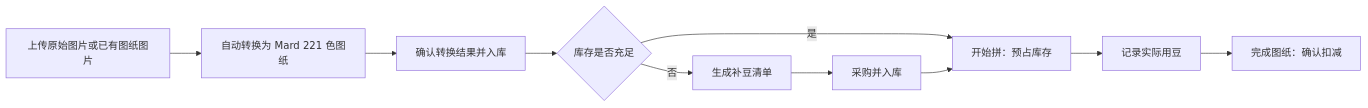
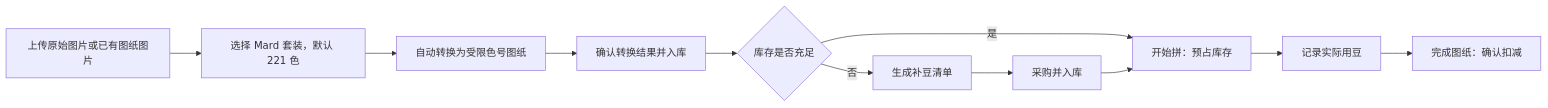
Before and after one commit to ChicKo1108/doulaozhuang: the diagram in docs/豆老庄-产品PRD.md, drawn with Mermaid. The commit also changed other lines of this file and 10 other files, not shown here.

````diff
--- a/docs/豆老庄-产品PRD.md
+++ b/docs/豆老庄-产品PRD.md
@@ -122,12 +124,13 @@
 ```mermaid
 flowchart LR
-  A[上传原始图片或已有图纸图片] --> B[自动转换为 Mard 221 色图纸]
-  B --> C[确认转换结果并入库]
-  C --> D{库存是否充足}
-  D -->|是| E[开始拼：预占库存]
-  D -->|否| F[生成补豆清单]
-  F --> G[采购并入库]
-  G --> E
-  E --> H[记录实际用豆]
-  H --> I[完成图纸：确认扣减]
+  A[上传原始图片或已有图纸图片] --> B[选择 Mard 套装，默认 221 色]
+  B --> C[自动转换为受限色号图纸]
+  C --> D[确认转换结果并入库]
+  D --> E{库存是否充足}
+  E -->|是| F[开始拼：预占库存]
+  E -->|否| G[生成补豆清单]
+  G --> H[采购并入库]
+  H --> F
+  F --> I[记录实际用豆]
+  I --> J[完成图纸：确认扣减]
 ```
````
